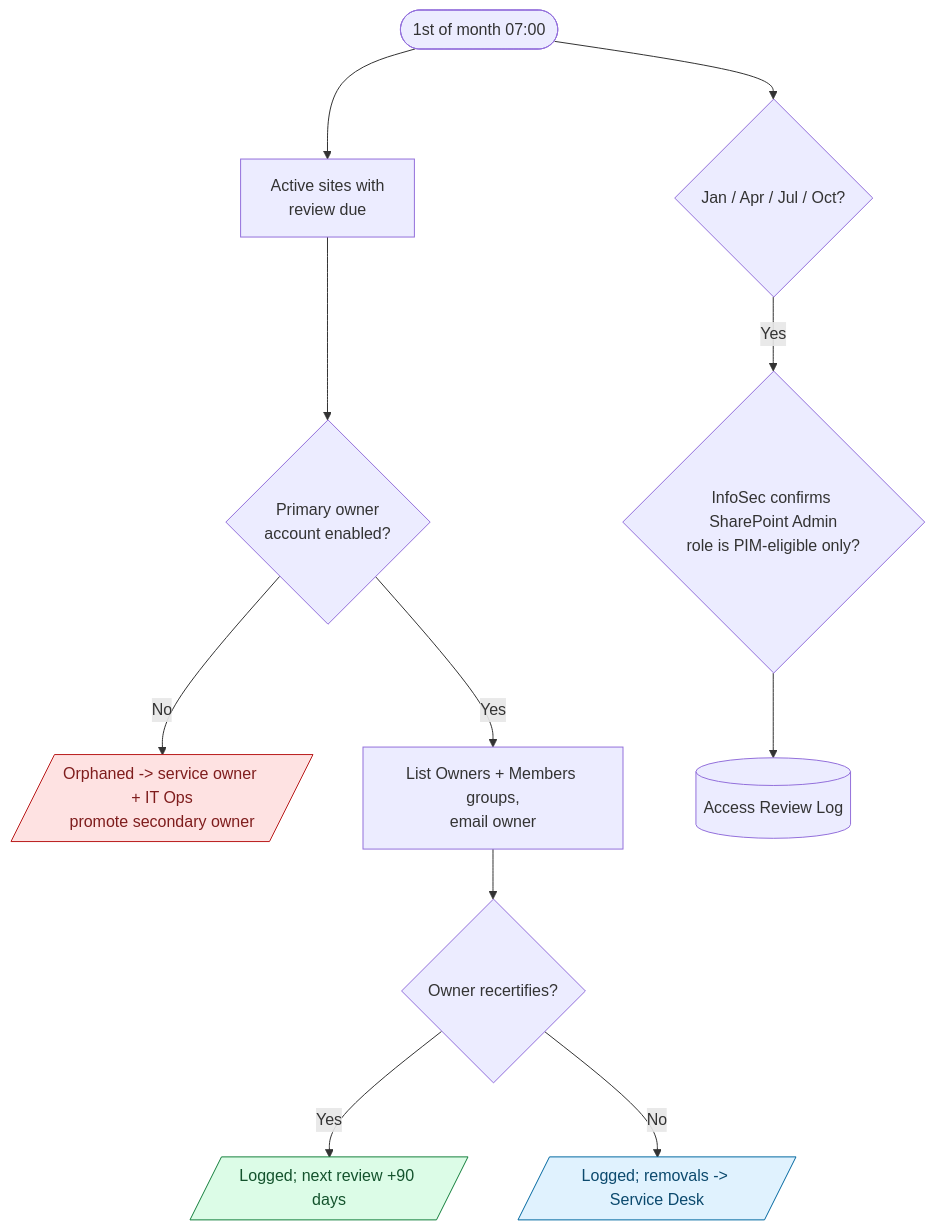
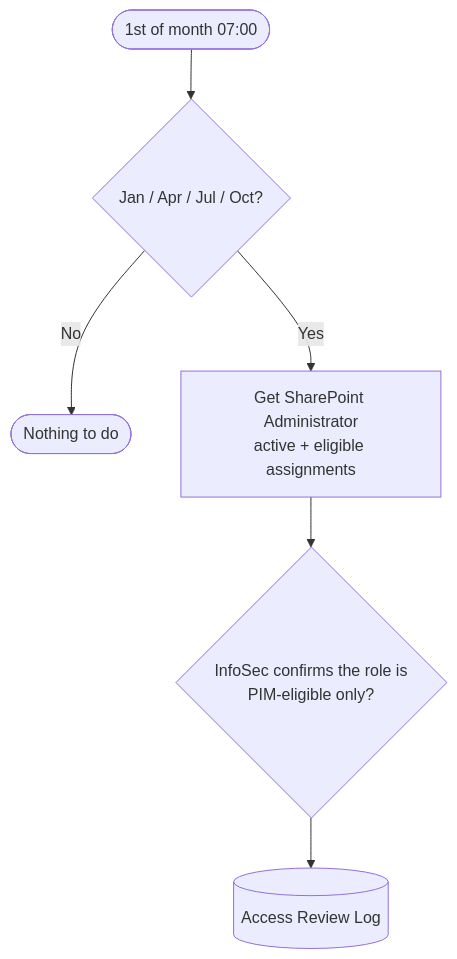
The sixth of 6 diagrams in solutions/SharePointGovernance/diagrams/governance-flows.md (flinty-isd/Projects-hub), drawn with Mermaid before and after one commit. The commit also changed other lines of this file and 9 other files, not shown here.

First line of the commit message:
Governance 1.2.0.0: adopt SharePoint Advanced Management (D-GSA-08) (#33)

````diff
--- a/solutions/SharePointGovernance/diagrams/governance-flows.md
+++ b/solutions/SharePointGovernance/diagrams/governance-flows.md
@@ -122,16 +125,8 @@
 ```mermaid
 flowchart TD
-  A([1st of month 07:00]) --> D["Active sites with<br/>review due"]
-  D --> O{"Primary owner<br/>account enabled?"}
-  O -->|No| OR[/"Orphaned -> service owner + IT Ops<br/>promote secondary owner"/]:::bad
-  O -->|Yes| L["List Owners + Members groups,<br/>email owner"]
-  L --> RC{"Owner recertifies?"}
-  RC -->|Yes| OK[/"Logged; next review +90 days"/]:::good
-  RC -->|No| RM[/"Logged; removals -> Service Desk"/]:::info
-  A --> Q{"Jan / Apr / Jul / Oct?"}
-  Q -->|Yes| P{"InfoSec confirms SharePoint Admin<br/>role is PIM-eligible only?"}
+  A([1st of month 07:00]) --> Q{"Jan / Apr / Jul / Oct?"}
+  Q -->|No| X([Nothing to do])
+  Q -->|Yes| G["Get SharePoint Administrator<br/>active + eligible assignments"]
+  G --> P{"InfoSec confirms the role is<br/>PIM-eligible only?"}
   P --> PL[("Access Review Log")]
-  classDef good fill:#dcfce7,stroke:#15803d,color:#14532d
-  classDef bad fill:#fee2e2,stroke:#b91c1c,color:#7f1d1d
-  classDef info fill:#e0f2fe,stroke:#0369a1,color:#0c4a6e
 ```
````
